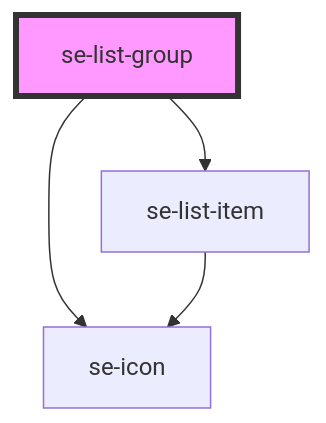
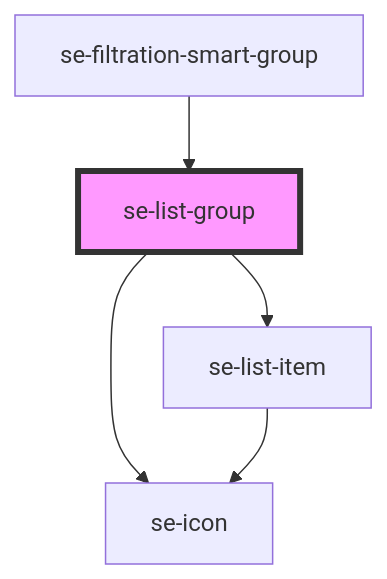
The diagram in libs/core/src/components/list-group/readme.md (robbiemcmullense/se-web-ui), drawn with Mermaid before and after one commit. The commit also changed other lines of this file and 87 other files, not shown here.

First line of the commit message:
Filtration smart (#486)

````diff
--- a/libs/core/src/components/list-group/readme.md
+++ b/libs/core/src/components/list-group/readme.md
@@ -82,7 +86,8 @@
 ```mermaid
 graph TD;
   se-list-group --> se-list-item
   se-list-group --> se-icon
   se-list-item --> se-icon
+  se-filtration-smart-group --> se-list-group
   style se-list-group fill:#f9f,stroke:#333,stroke-width:4px
 ```
````
